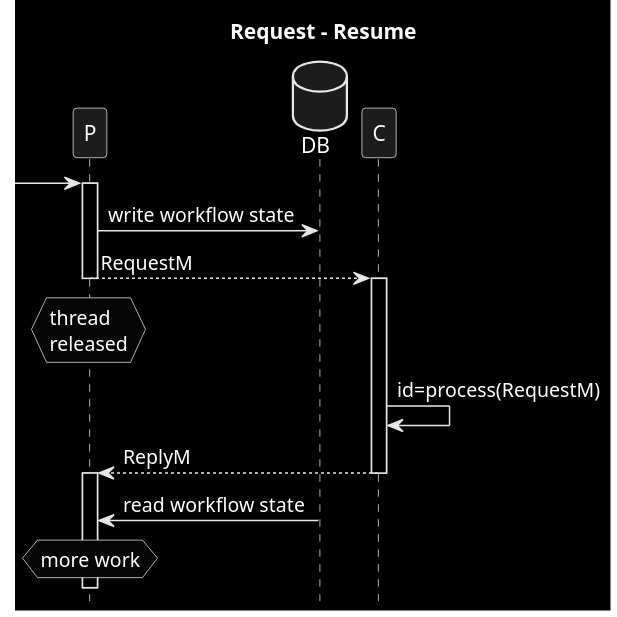
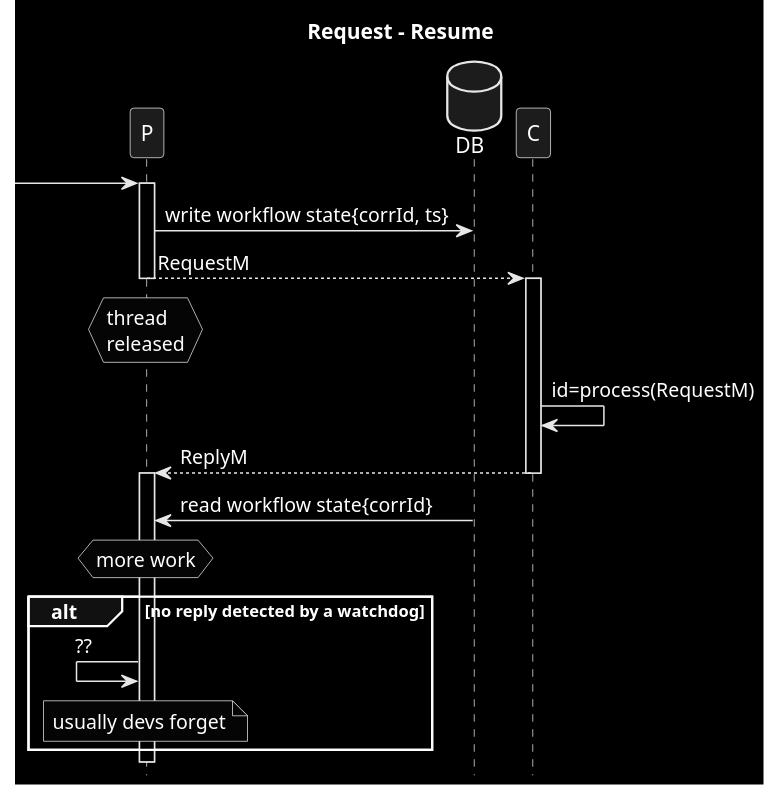
The diagram in patterns/4_request_reply_1_async.puml (victorrentea/kafka), drawn with PlantUML before and after one commit. The commit also changed 5 other files, not shown here.

```diff
--- a/patterns/4_request_reply_1_async.puml
+++ b/patterns/4_request_reply_1_async.puml
@@ -1,21 +1,26 @@
 @startuml
 title Request - Resume
 hide footbox
 skinparam monochrome reverse
 database DB order 9
 participant C order 10
 
 ->P
 activate P
-P->DB: write workflow state
+P->DB: write workflow state{corrId, ts}
 P-->C: RequestM
 deactivate P
 hnote over P: thread\nreleased
 activate C
 C->C: id=process(RequestM)
 C-->P: ReplyM
 deactivate C
 activate P
-P<-DB: read workflow state
+P<-DB: read workflow state{corrId}
 hnote over P: more work
+
+alt no reply detected by a watchdog
+P<-P: ??
+note over P: usually devs forget
+end
 @enduml
```
